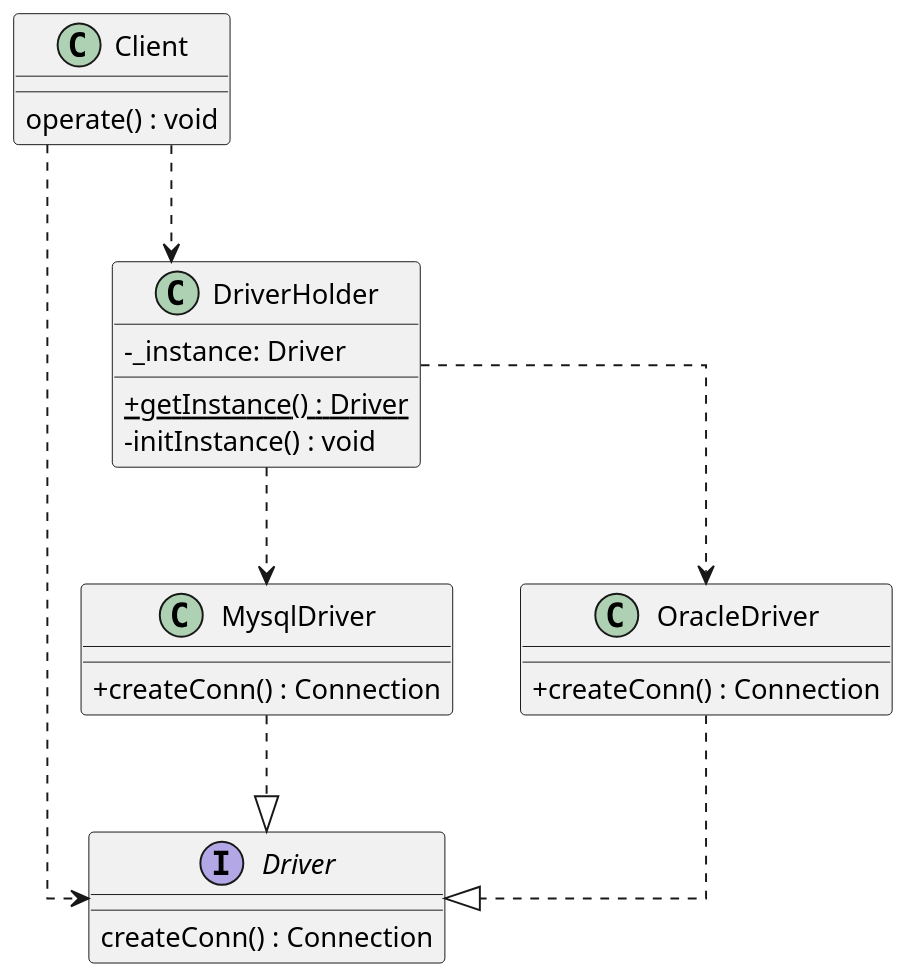
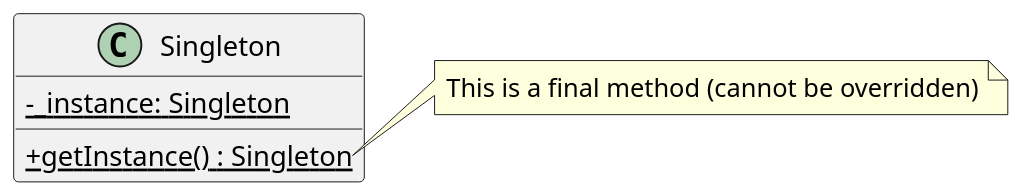
One commit to weigangs/designPatternsLearn changed the diagram in uml/Singleton.puml. Above: the diagram before and after it, drawn with PlantUML. The commit also changed 4 other files, not shown here.

```diff
--- a/uml/Singleton.puml
+++ b/uml/Singleton.puml
@@ -1,36 +1,16 @@
 @startuml
 
 skinparam classAttributeIconSize 0
 skinparam linetype ortho
 skinparam defaultTextAlignment center
 skinparam dpi 150
 ' up to down direction
 
-interface Driver {
-    createConn() : Connection
+class Singleton {
+    {static} - _instance: Singleton
+    {static} + getInstance() : Singleton 
 }
-
-class DriverHolder  {
-     - _instance: Driver
-     {static} +  getInstance() : Driver
-     - initInstance() : void
-}
-
-class MysqlDriver {
-    + createConn() : Connection
-}
-
-class OracleDriver {
-    + createConn() : Connection
-}
-
-MysqlDriver ..|> Driver
-OracleDriver ..|> Driver
-class Client {
-     operate() : void
-}
-DriverHolder ..> MysqlDriver
-DriverHolder ..> OracleDriver
-Client ..> DriverHolder
-Client ..> Driver
+note right of Singleton::getInstance
+  This is a final method (cannot be overridden)
+end note
 @enduml
```
